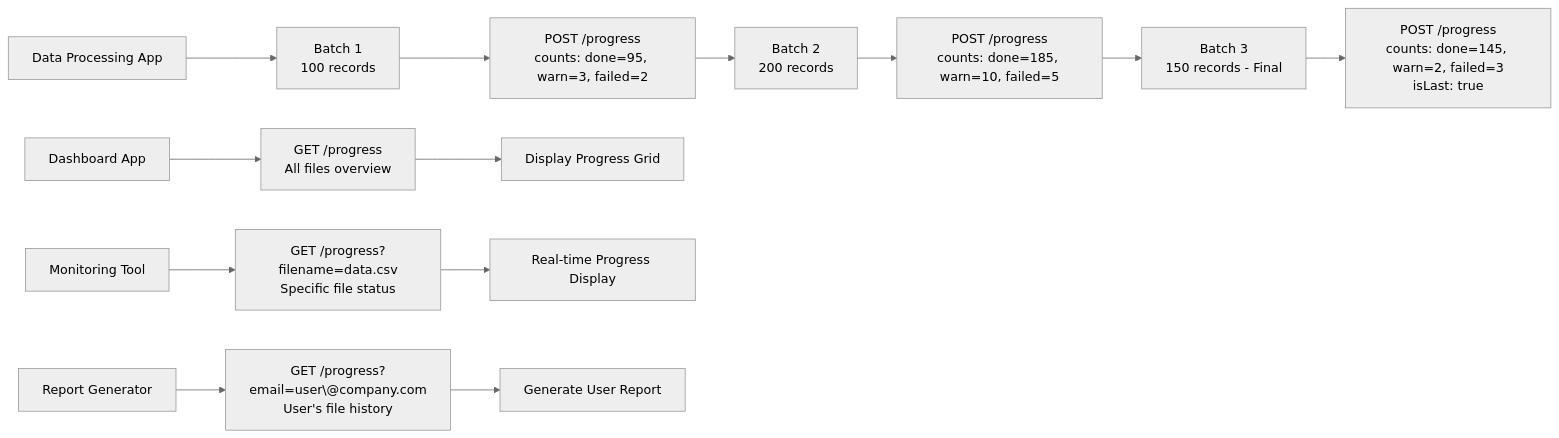
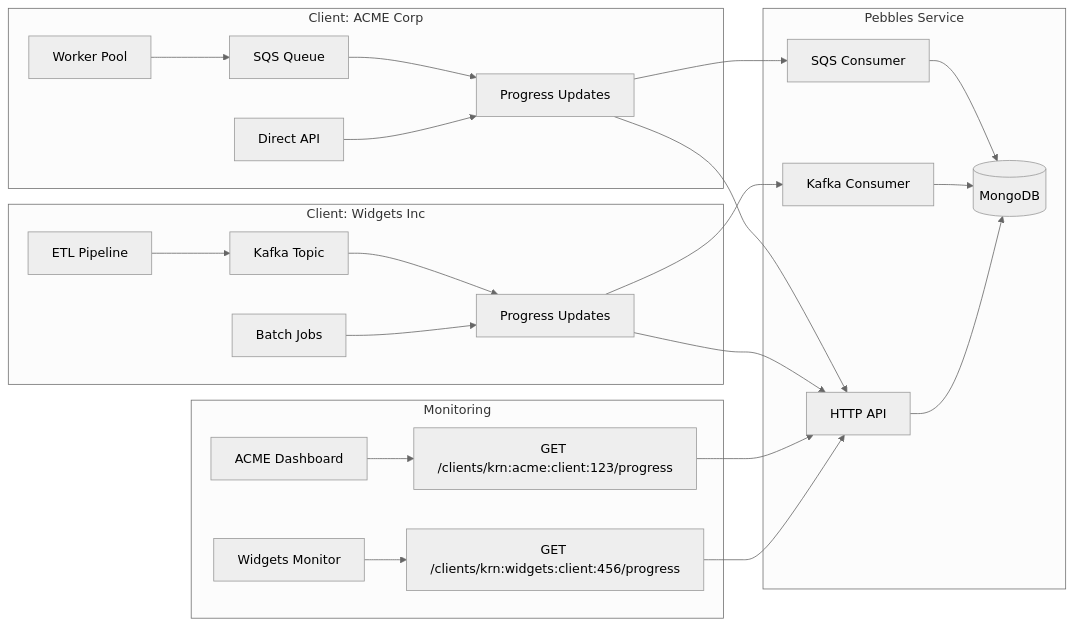
Before and after one commit to pirkus/pebbles: the fourth of 10 diagrams in use-cases.md, drawn with Mermaid (neutral theme). The commit also changed other lines of this file and 12 other files, not shown here.

Commit message:
Add multi-tenant support with SQS and Kafka consumers

````diff
--- a/use-cases.md
+++ b/use-cases.md
@@ -414,18 +342,38 @@
 ```mermaid
 graph LR
-    A[Data Processing App] --> B[Batch 1<br/>100 records]
-    B --> C[POST /progress<br/>counts: done=95, warn=3, failed=2]
-    C --> D[Batch 2<br/>200 records]
-    D --> E[POST /progress<br/>counts: done=185, warn=10, failed=5]
-    E --> F[Batch 3<br/>150 records - Final]
-    F --> G[POST /progress<br/>counts: done=145, warn=2, failed=3<br/>isLast: true]
+    subgraph "Client: ACME Corp"
+        A1[Worker Pool] --> B1[SQS Queue]
+        B1 --> C1[Progress Updates]
+        D1[Direct API] --> C1
+    end
     
-    H[Dashboard App] --> I[GET /progress<br/>All files overview]
-    I --> J[Display Progress Grid]
+    subgraph "Client: Widgets Inc"
+        A2[ETL Pipeline] --> B2[Kafka Topic]
+        B2 --> C2[Progress Updates]
+        D2[Batch Jobs] --> C2
+    end
     
-    K[Monitoring Tool] --> L[GET /progress?filename=data.csv<br/>Specific file status]
-    L --> M[Real-time Progress Display]
+    subgraph "Pebbles Service"
+        E[SQS Consumer]
+        F[Kafka Consumer]
+        G[HTTP API]
+        H[(MongoDB)]
+    end
     
-    N[Report Generator] --> O[GET /progress?email=user\@company.com<br/>User's file history]
-    O --> P[Generate User Report]
+    C1 --> E
+    C1 --> G
+    C2 --> F
+    C2 --> G
+    
+    E --> H
+    F --> H
+    G --> H
+    
+    subgraph "Monitoring"
+        I[ACME Dashboard] --> J[GET /clients/krn:acme:client:123/progress]
+        K[Widgets Monitor] --> L[GET /clients/krn:widgets:client:456/progress]
+    end
+    
+    J --> G
+    L --> G
 ```
````
